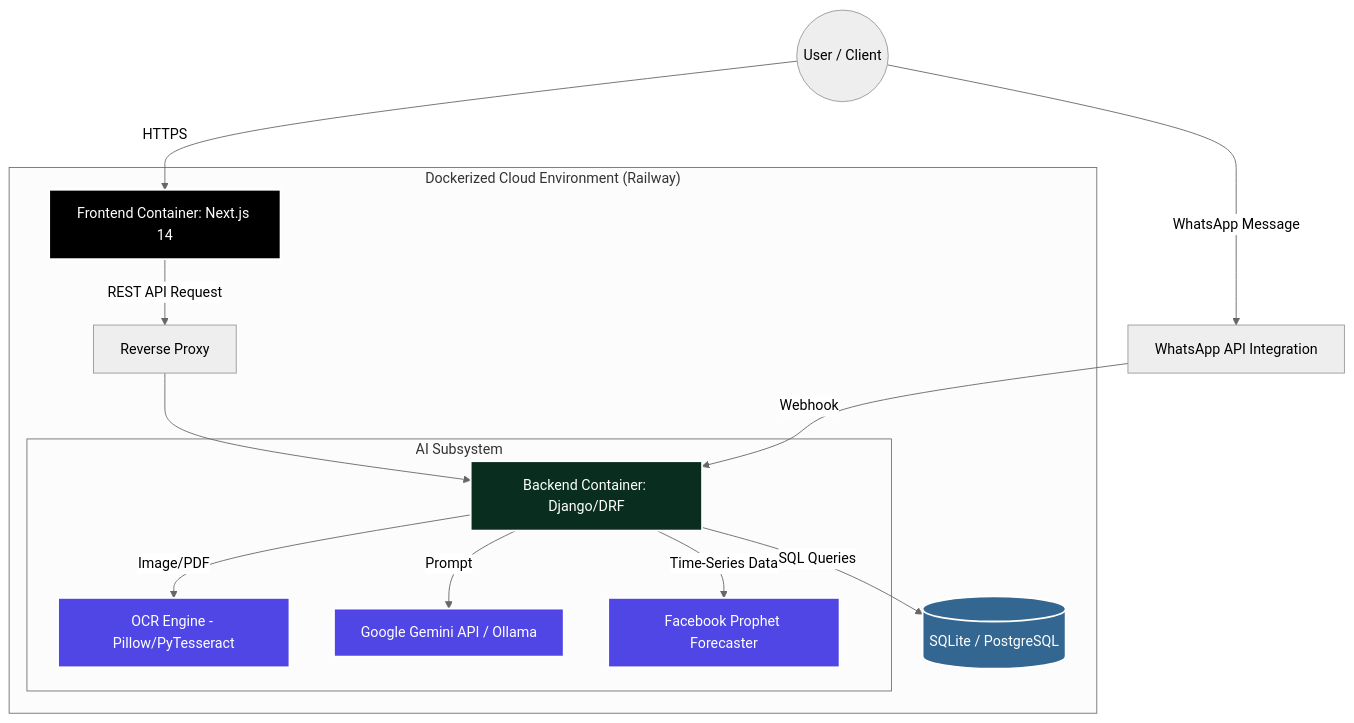
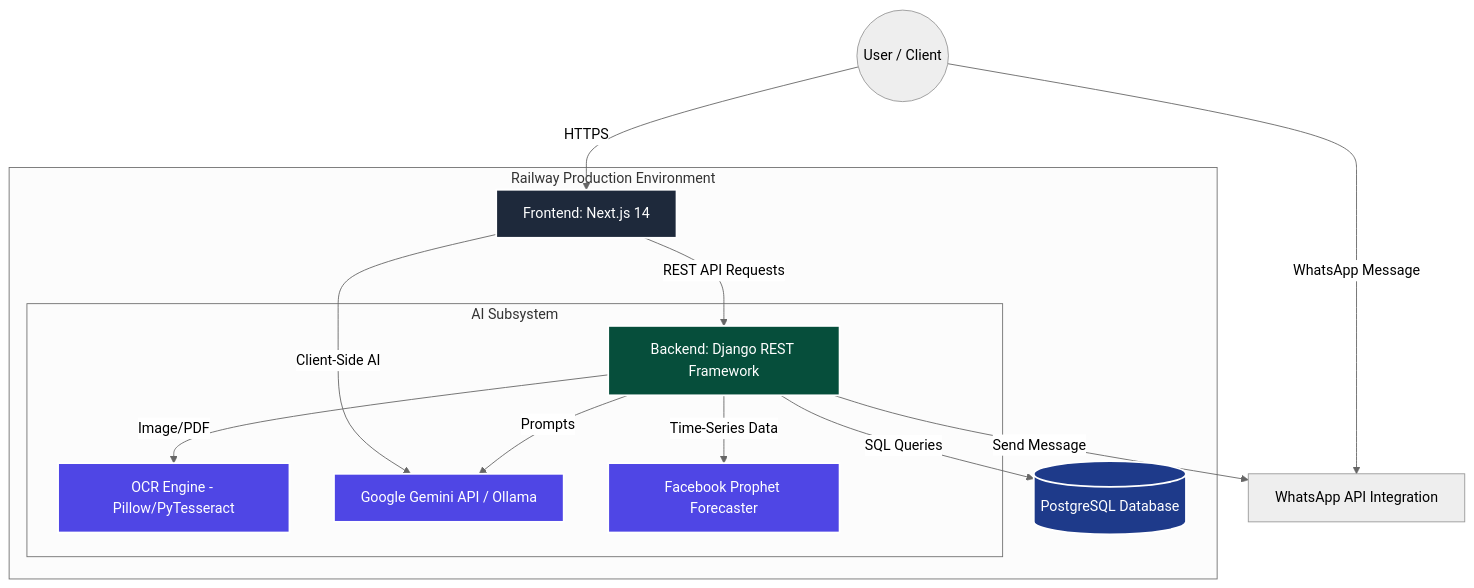
The first of 4 diagrams in SAD_and_SDD.md (the-engrammers/Fawatir-Root), drawn with Mermaid (neutral theme) before and after one commit. The commit also changed other lines of this file and 1 other file, not shown here.

Commit message:
docs: highly detailed SAD and SDD update with sequence diagrams and exact architecture

````diff
--- a/SAD_and_SDD.md
+++ b/SAD_and_SDD.md
@@ -22,30 +28,30 @@
 ```mermaid
 graph TD
-    User((User / Client)) -->|HTTPS| NextJS[Frontend Container: Next.js 14]
+    User((User / Client)) -->|HTTPS| NextJS[Frontend: Next.js 14]
     
-    subgraph "Dockerized Cloud Environment (Railway)"
-        NextJS -->|REST API Request| Nginx[Reverse Proxy]
-        Nginx --> Django[Backend Container: Django/DRF]
+    subgraph "Railway Production Environment"
+        NextJS -->|REST API Requests| Django[Backend: Django REST Framework]
         
-        Django -->|SQL Queries| DB[(SQLite / PostgreSQL)]
+        Django -->|SQL Queries| DB[(PostgreSQL Database)]
         
         subgraph "AI Subsystem"
             Django -->|Image/PDF| OCR[OCR Engine - Pillow/PyTesseract]
-            Django -->|Prompt| LLM[Google Gemini API / Ollama]
+            Django -->|Prompts| LLM[Google Gemini API / Ollama]
             Django -->|Time-Series Data| Prophet[Facebook Prophet Forecaster]
         end
     end
     
     User -->|WhatsApp Message| Twilio[WhatsApp API Integration]
-    Twilio -->|Webhook| Django
+    NextJS -->|Client-Side AI| LLM
+    Django -->|Send Message| Twilio
 
-    classDef frontend fill:#000,stroke:#fff,stroke-width:2px,color:#fff;
-    classDef backend fill:#092E20,stroke:#fff,stroke-width:2px,color:#fff;
-    classDef db fill:#336791,stroke:#fff,stroke-width:2px,color:#fff;
+    classDef frontend fill:#1E293B,stroke:#fff,stroke-width:2px,color:#fff;
+    classDef backend fill:#064E3B,stroke:#fff,stroke-width:2px,color:#fff;
+    classDef db fill:#1E3A8A,stroke:#fff,stroke-width:2px,color:#fff;
     classDef ai fill:#4F46E5,stroke:#fff,stroke-width:2px,color:#fff;
     
     class NextJS frontend;
     class Django backend;
     class DB db;
     class OCR,LLM,Prophet ai;
 ```
````
